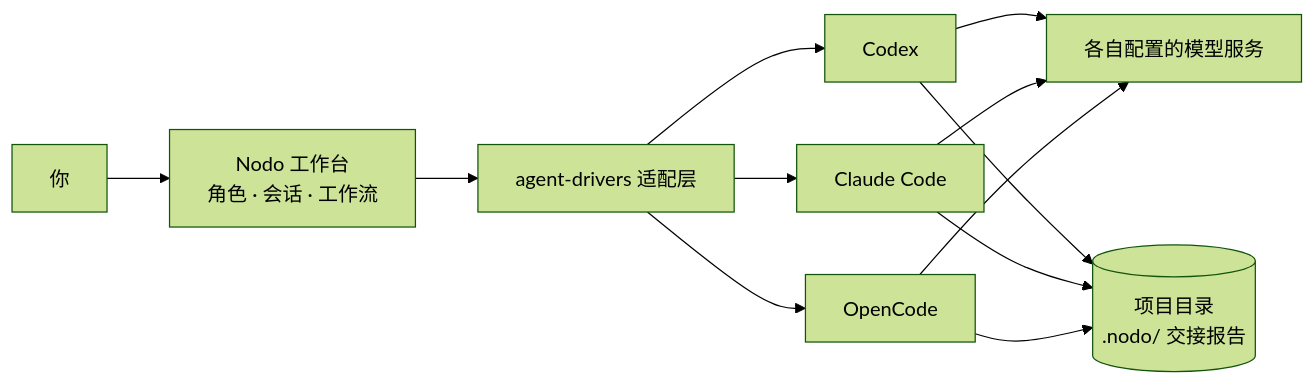
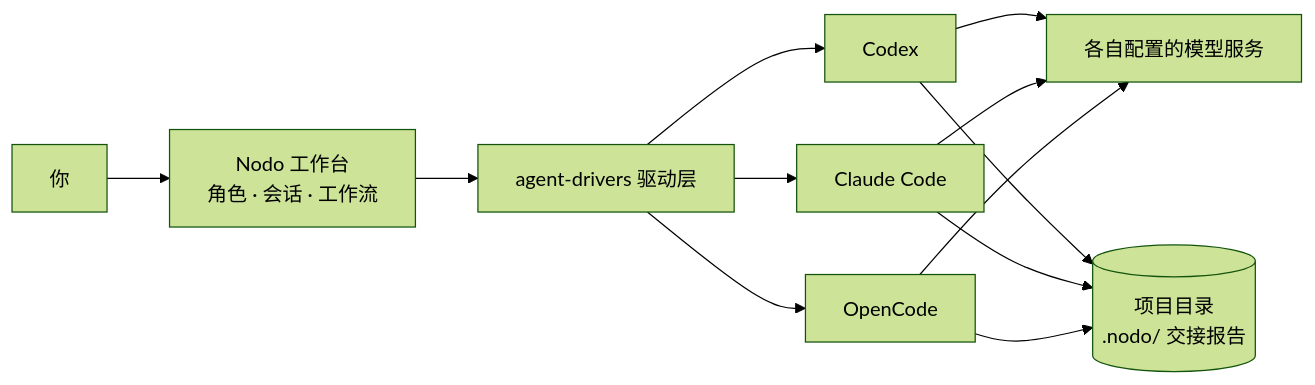
The diagram in README.md (waikoeng234/Nodo), drawn with Mermaid (forest theme) before and after one commit. The commit also changed other lines of this file and 83 other files, not shown here.

````diff
--- a/README.md
+++ b/README.md
@@ -91,10 +91,10 @@
 ```mermaid
 flowchart LR
     U[你] --> N[Nodo 工作台<br/>角色 · 会话 · 工作流]
-    N --> D[agent-drivers 适配层]
+    N --> D[agent-drivers 驱动层]
     D --> A1[Codex]
     D --> A2[Claude Code]
     D --> A3[OpenCode]
     A1 & A2 & A3 --> M[各自配置的模型服务]
     A1 & A2 & A3 --> P[(项目目录<br/>.nodo/ 交接报告)]
 ```
````
